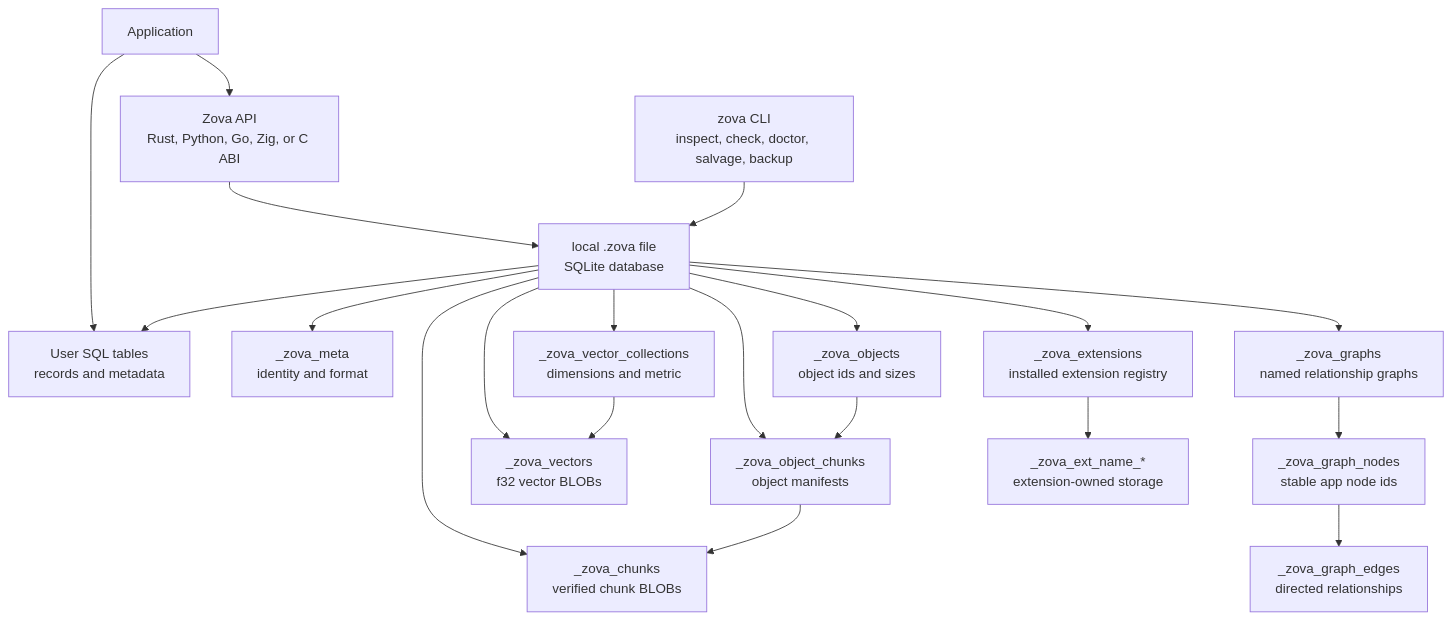
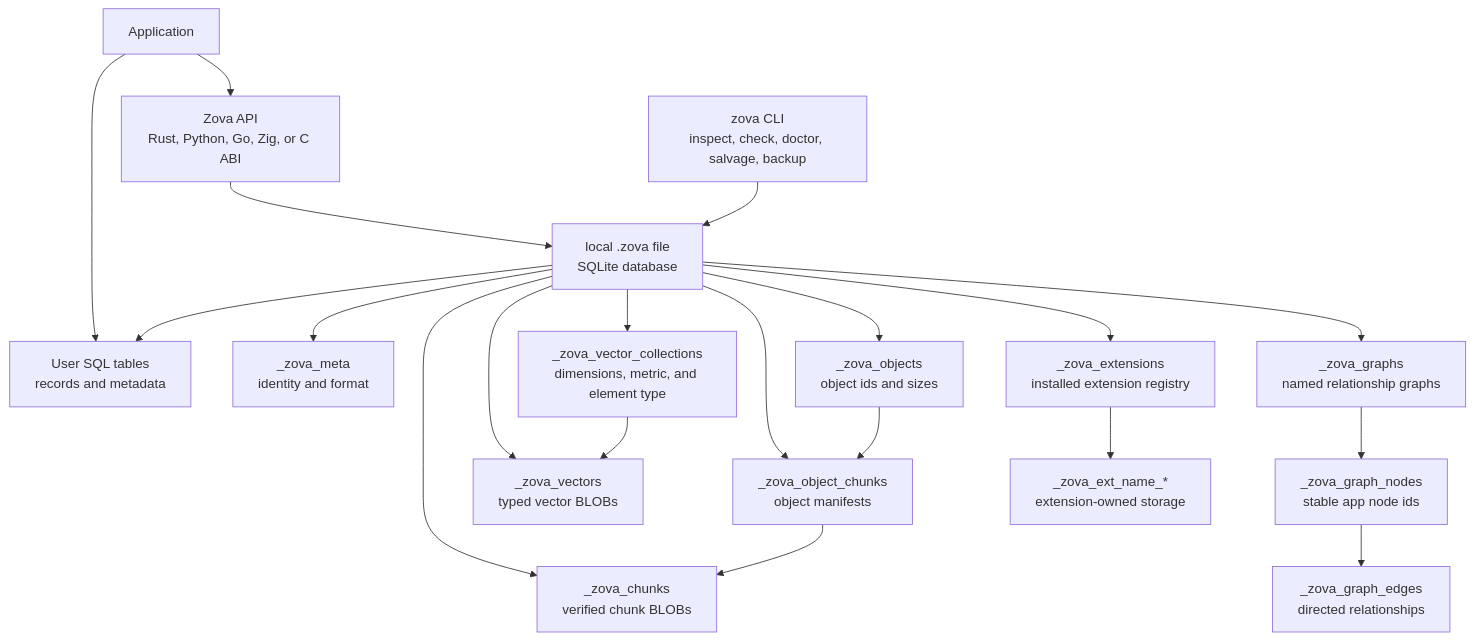
Before and after one commit to ata-sesli/zova: the diagram in README.md, drawn with Mermaid. The commit also changed other lines of this file and 49 other files, not shown here.

Commit message:
feat(vector): add raw f16 and i8 collections

````diff
--- a/README.md
+++ b/README.md
@@ -219,39 +220,39 @@
 ```mermaid
 flowchart TD
     App["Application"]
     API["Zova API<br/>Rust, Python, Go, Zig, or C ABI"]
     CLI["zova CLI<br/>inspect, check, doctor, salvage, backup"]
     File["local .zova file<br/>SQLite database"]
     UserSQL["User SQL tables<br/>records and metadata"]
     Meta["_zova_meta<br/>identity and format"]
     Objects["_zova_objects<br/>object ids and sizes"]
     Chunks["_zova_chunks<br/>verified chunk BLOBs"]
     Manifest["_zova_object_chunks<br/>object manifests"]
-    VecCols["_zova_vector_collections<br/>dimensions and metric"]
-    Vecs["_zova_vectors<br/>f32 vector BLOBs"]
+    VecCols["_zova_vector_collections<br/>dimensions, metric, and element type"]
+    Vecs["_zova_vectors<br/>typed vector BLOBs"]
     Graphs["_zova_graphs<br/>named relationship graphs"]
     Nodes["_zova_graph_nodes<br/>stable app node ids"]
     Edges["_zova_graph_edges<br/>directed relationships"]
     Ext["_zova_extensions<br/>installed extension registry"]
     ExtStore["_zova_ext_name_*<br/>extension-owned storage"]
 
     App --> API
     App --> UserSQL
     API --> File
     CLI --> File
     File --> UserSQL
     File --> Meta
     File --> Objects
     File --> Chunks
     File --> Manifest
     File --> VecCols
     File --> Vecs
     File --> Graphs
     File --> Ext
     Ext --> ExtStore
     Graphs --> Nodes
     Nodes --> Edges
     Objects --> Manifest
     Manifest --> Chunks
     VecCols --> Vecs
 ```
````
